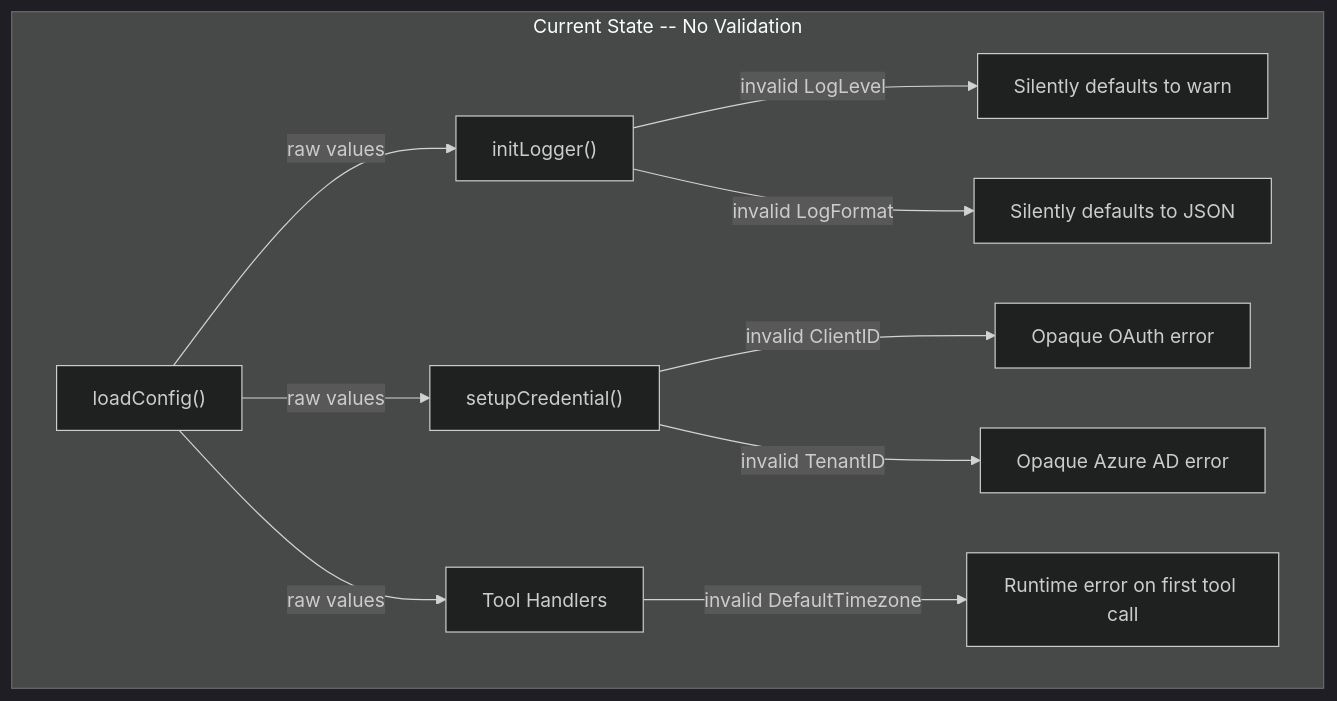
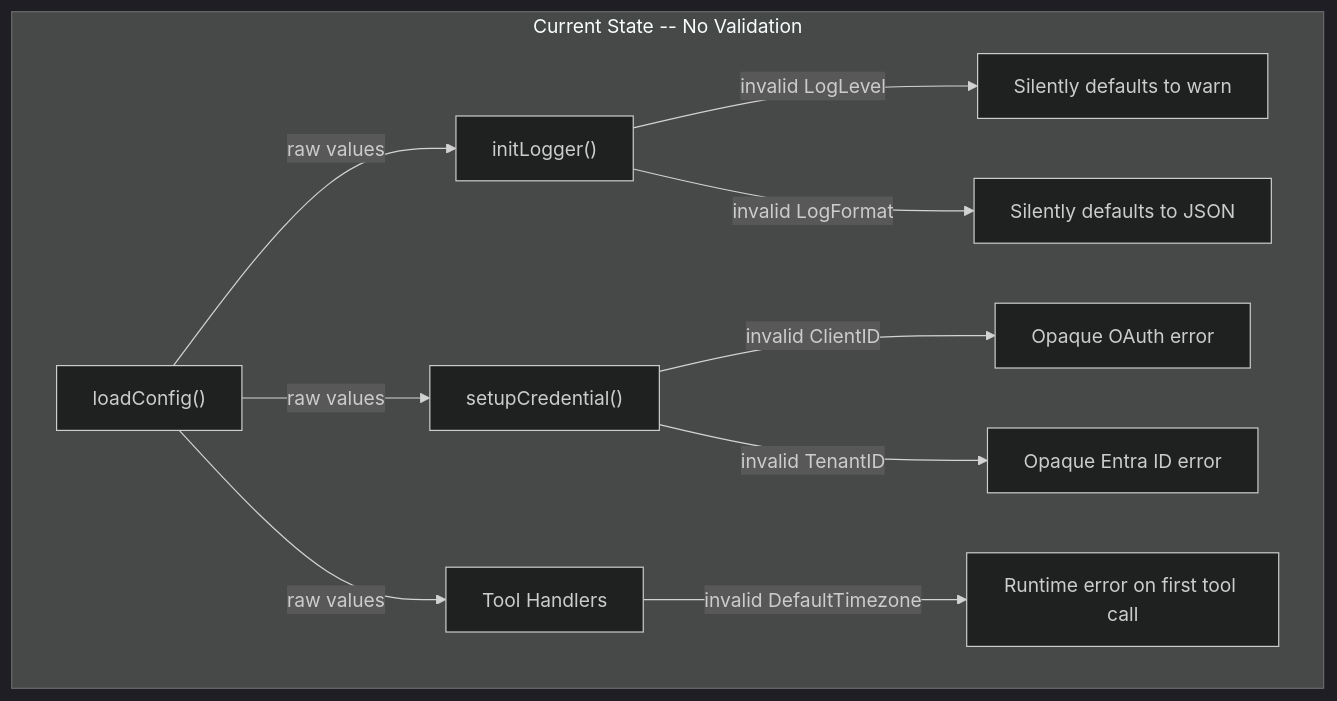
One commit to desek/outlook-local-mcp changed the first of 4 diagrams in docs/cr/CR-0013-configuration-validation.md. Above: the diagram before and after it, drawn with Mermaid (dark theme). The commit also changed other lines of this file and 42 other files, not shown here.

Commit message:
fix: rename azure ad to entra id (#15)

````diff
--- a/docs/cr/CR-0013-configuration-validation.md
+++ b/docs/cr/CR-0013-configuration-validation.md
@@ -50,13 +50,13 @@
 ```mermaid
 flowchart TD
     subgraph Current["Current State -- No Validation"]
         A["loadConfig()"] -->|"raw values"| B["initLogger()"]
         A -->|"raw values"| C["setupCredential()"]
         A -->|"raw values"| D["Tool Handlers"]
         B -->|"invalid LogLevel"| B1["Silently defaults to warn"]
         B -->|"invalid LogFormat"| B2["Silently defaults to JSON"]
         C -->|"invalid ClientID"| C1["Opaque OAuth error"]
-        C -->|"invalid TenantID"| C2["Opaque Azure AD error"]
+        C -->|"invalid TenantID"| C2["Opaque Entra ID error"]
         D -->|"invalid DefaultTimezone"| D1["Runtime error on first tool call"]
     end
 ```
````
